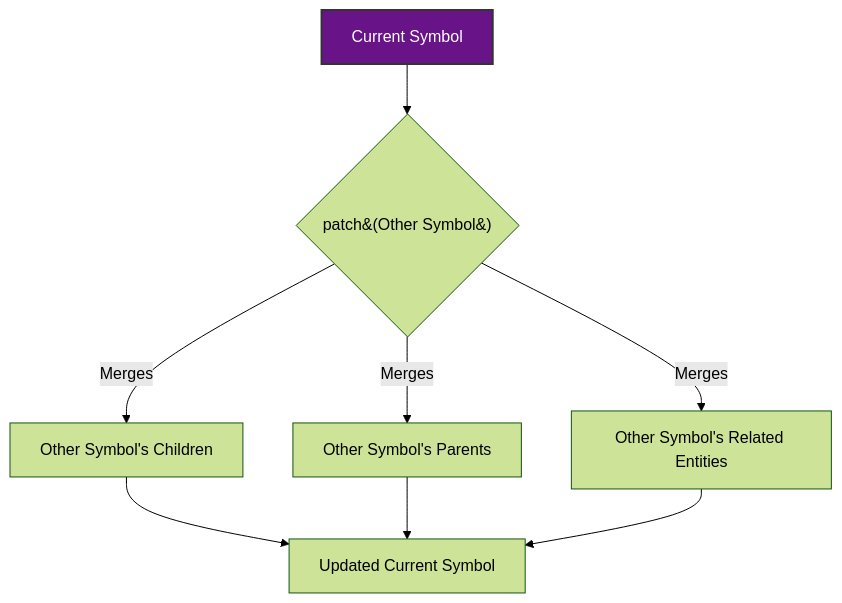
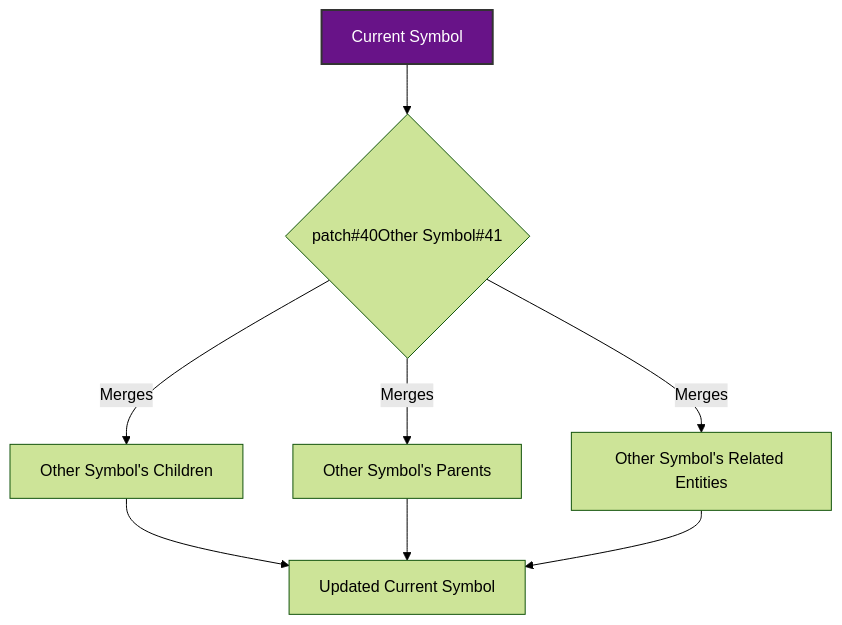
The fifth of 13 diagrams in docs/readme_details/8_api_highlights/index.md (ikko/sym), drawn with Mermaid (forest theme) before and after one commit. The commit also changed other lines of this file and 38 other files, not shown here.

Commit message:
mermaids maybe fixed

````diff
--- a/docs/readme_details/8_api_highlights/index.md
+++ b/docs/readme_details/8_api_highlights/index.md
@@ -204,14 +204,14 @@
 ```mermaid
 graph TD
-    A[Current Symbol] --> B{patch&#40;Other Symbol&#41;};
+    A[Current Symbol] --> B{patch#40Other Symbol#41};
     B -- "Merges" --> C[Other Symbol's Children];
     B -- "Merges" --> D[Other Symbol's Parents];
     B -- "Merges" --> E[Other Symbol's Related Entities];
     C --> F[Updated Current Symbol];
     D --> F;
     E --> F;
 
     style A fill:#681388,stroke:#333,stroke-width:2px,color:#FFFFFF;
 
     style A fill:#681388,stroke:#333,stroke-width:2px,color:#FFFFFF;
 ```
````
